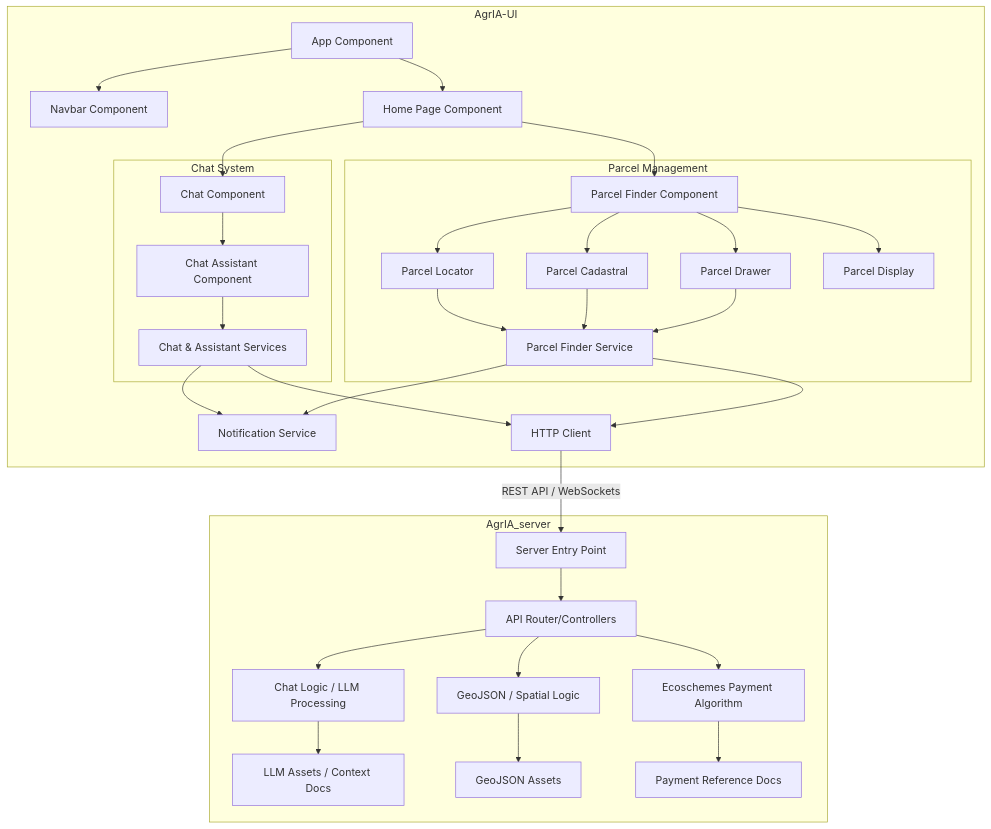
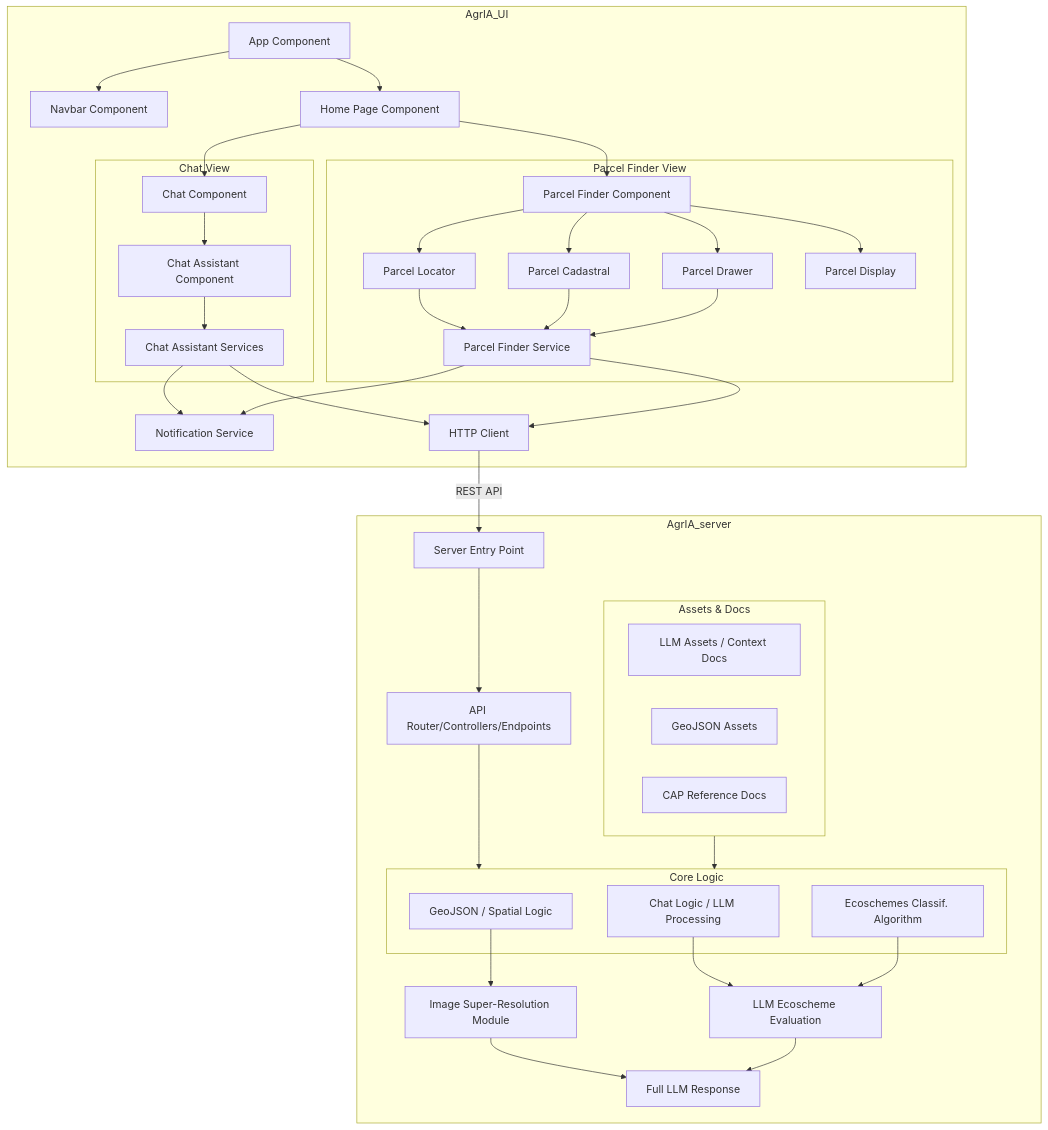
Before and after one commit to KhaosResearch/AgrIA: the diagram in docs/ARCHITECTURE.md, drawn with Mermaid. The commit also changed other lines of this file and 10 other files, not shown here.

````diff
--- a/docs/ARCHITECTURE.md
+++ b/docs/ARCHITECTURE.md
@@ -16,40 +24,52 @@
 ```mermaid
 graph TD
-    subgraph Frontend [AgrIA-UI]
+    subgraph Frontend [AgrIA_UI]
         App[App Component] --> Nav[Navbar Component]
         App --> Home[Home Page Component]
         
         Home --> Chat[Chat Component]
         Home --> Parcel[Parcel Finder Component]
-        
-        subgraph Chat_System [Chat System]
-            Chat --> ChatAsst[Chat Assistant Component]
-            ChatAsst --> ChatService[Chat & Assistant Services]
-        end
-        
-        subgraph Parcel_System [Parcel Management]
+                
+        subgraph Parcel_System [Parcel Finder View]
+            Parcel --> ParcelCad[Parcel Cadastral]
             Parcel --> ParcelLoc[Parcel Locator]
-            Parcel --> ParcelCad[Parcel Cadastral]
             Parcel --> ParcelDraw[Parcel Drawer]
             Parcel --> ParcelDisp[Parcel Display]
             ParcelLoc & ParcelCad & ParcelDraw --> ParcelService[Parcel Finder Service]
         end
         
+        subgraph Chat_System [Chat View]
+            Chat --> ChatAsst[Chat Assistant Component]
+            ChatAsst --> ChatService[Chat Assistant Services]
+        end
+
         ChatService & ParcelService --> Notification[Notification Service]
         ChatService & ParcelService --> API_Client[HTTP Client]
     end
 
-    API_Client -- "REST API / WebSockets" --> Server
+    API_Client -- "REST API" --> Server
 
     subgraph Backend [AgrIA_server]
-        Server[Server Entry Point] --> Router[API Router/Controllers]
+        Server[Server Entry Point] --> Router[API Router/Controllers/Endpoints]
         
-        Router --> ChatLogic[Chat Logic / LLM Processing]
-        Router --> GeoLogic[GeoJSON / Spatial Logic]
-        Router --> PaymentLogic[Ecoschemes Payment Algorithm]
+        subgraph Assets [Assets & Docs]
+            LLM_Assets[LLM Assets / Context Docs]
+            Geo_Assets[GeoJSON Assets]
+            CAP_Docs[CAP Reference Docs]
+        end
+
+        subgraph Core_Logic [Core Logic]
+            ChatLogic[Chat Logic / LLM Processing]
+            GeoLogic[GeoJSON / Spatial Logic]
+            ClassifLogic[Ecoschemes Classif. Algorithm]
+        end
+
+        Router --> Core_Logic
+        Assets --> Core_Logic
+
+        GeoLogic --> SR_Module[Image Super-Resolution Module]
+        ChatLogic & ClassifLogic--> LLM_Eval[LLM Ecoscheme Evaluation]
         
-        ChatLogic --> LLM_Assets[LLM Assets / Context Docs]
-        GeoLogic --> Geo_Assets[GeoJSON Assets]
-        PaymentLogic --> Payment_Docs[Payment Reference Docs]
+        SR_Module & LLM_Eval --> Response[Full LLM Response]
     end
 ```
````
